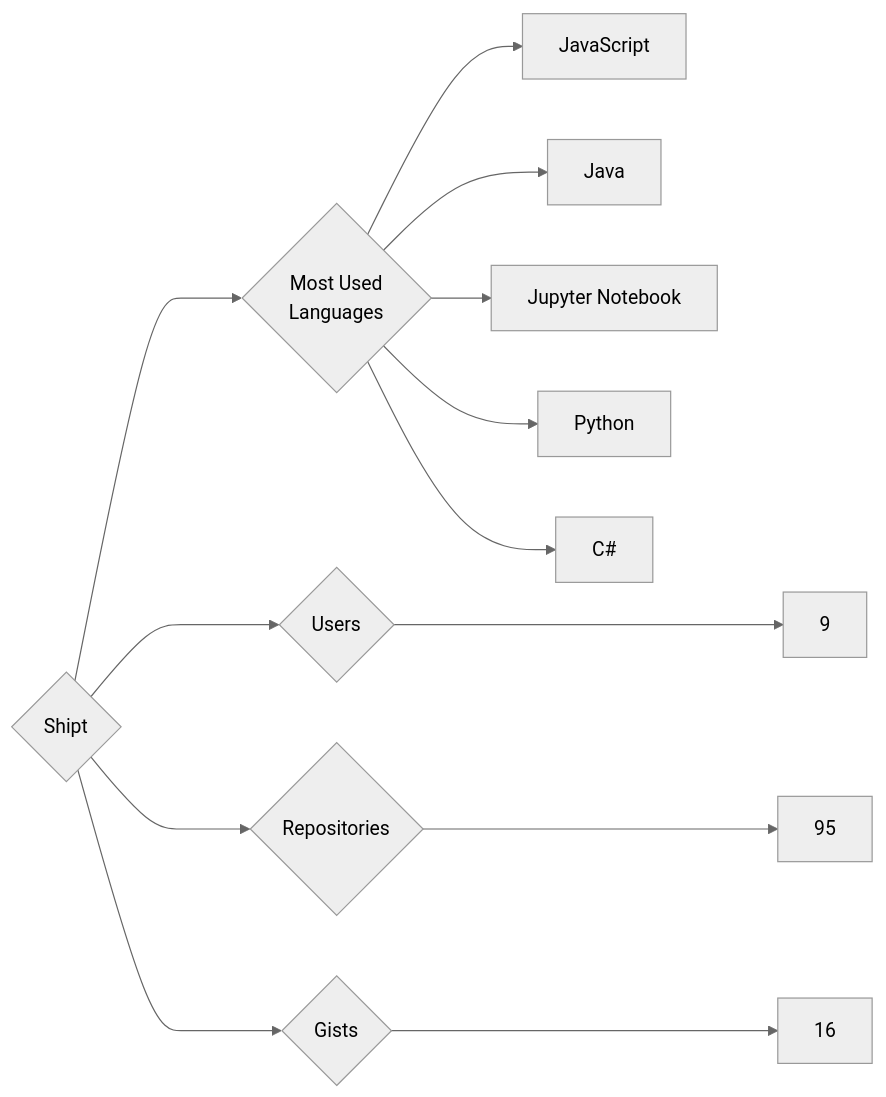
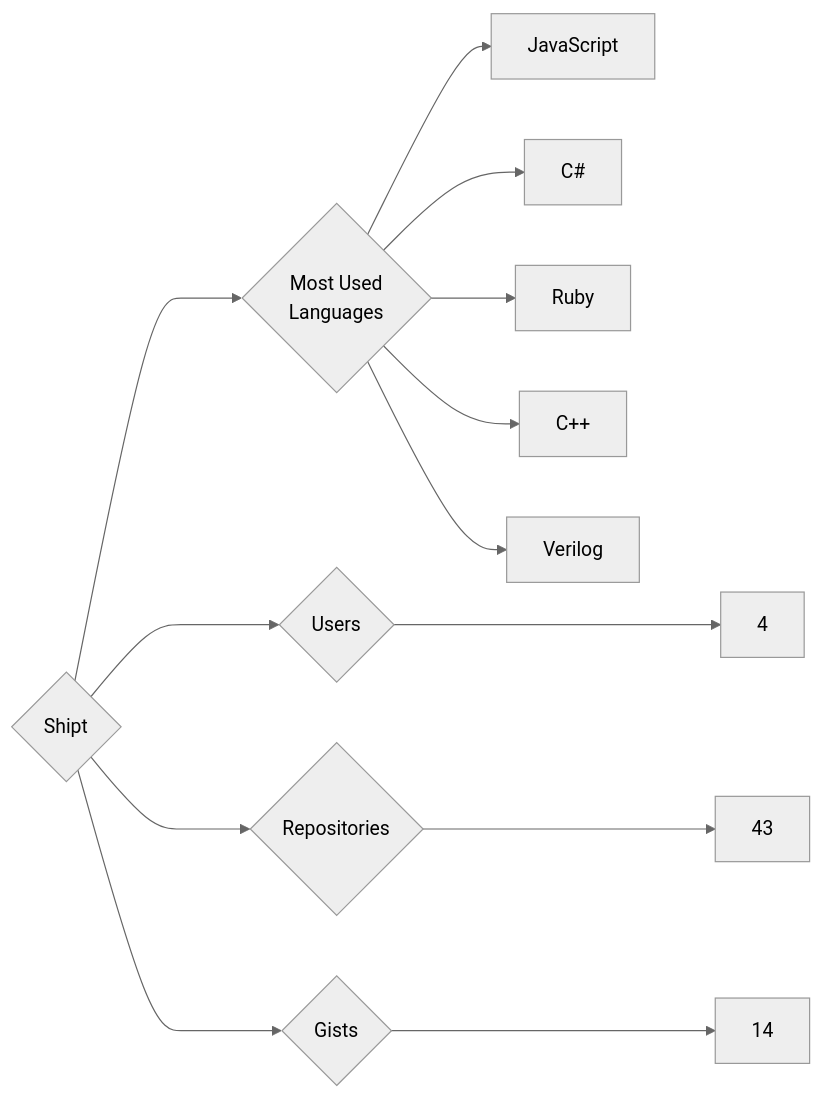
The diagram in targets/Shipt/README.md (trickest/insiders), drawn with Mermaid (neutral theme) before and after one commit. The commit also changed 976 other files, not shown here.

````diff
--- a/targets/Shipt/README.md
+++ b/targets/Shipt/README.md
@@ -3,13 +3,13 @@
 ```mermaid
 graph LR
 COMPANY_NAME{Shipt}
-COMPANY_NAME ---> U{Users} ---> UN[9]
-COMPANY_NAME ---> R{Repositories} ---> RN[95]
-COMPANY_NAME ---> G{Gists} ---> GN[16]
+COMPANY_NAME ---> U{Users} ---> UN[4]
+COMPANY_NAME ---> R{Repositories} ---> RN[43]
+COMPANY_NAME ---> G{Gists} ---> GN[14]
 COMPANY_NAME ---> ML{Most Used<br>Languages}
 ML --> JavaScript[JavaScript]
-ML --> Java[Java]
-ML --> Jupyter_Notebook[Jupyter Notebook]
-ML --> Python[Python]
 ML --> C#[C#]
+ML --> Ruby[Ruby]
+ML --> C++[C++]
+ML --> Verilog[Verilog]
 ```
````
